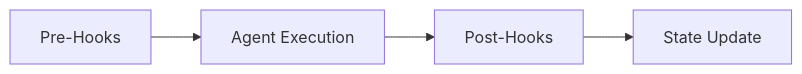
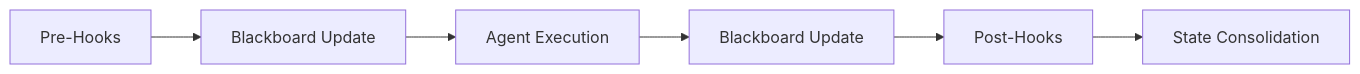
One commit to launis/quorum changed the diagram in docs/hooks.md. Above: the diagram before and after it, drawn with Mermaid. The commit also changed other lines of this file and 34 other files, not shown here.

Commit message:
feat: Implement a comprehensive structured cognitive agent architecture including core agents, hooks, tasks, and documentation.

````diff
--- a/docs/hooks.md
+++ b/docs/hooks.md
@@ -12,6 +12,8 @@
 ```mermaid
 graph LR
-    A[Pre-Hooks] --> B[Agent Execution]
-    B --> C[Post-Hooks]
-    C --> D[State Update]
+    A[Pre-Hooks] --> B[Blackboard Update]
+    B --> C[Agent Execution]
+    C --> D[Blackboard Update]
+    D --> E[Post-Hooks]
+    E --> F[State Consolidation]
 ```
````
